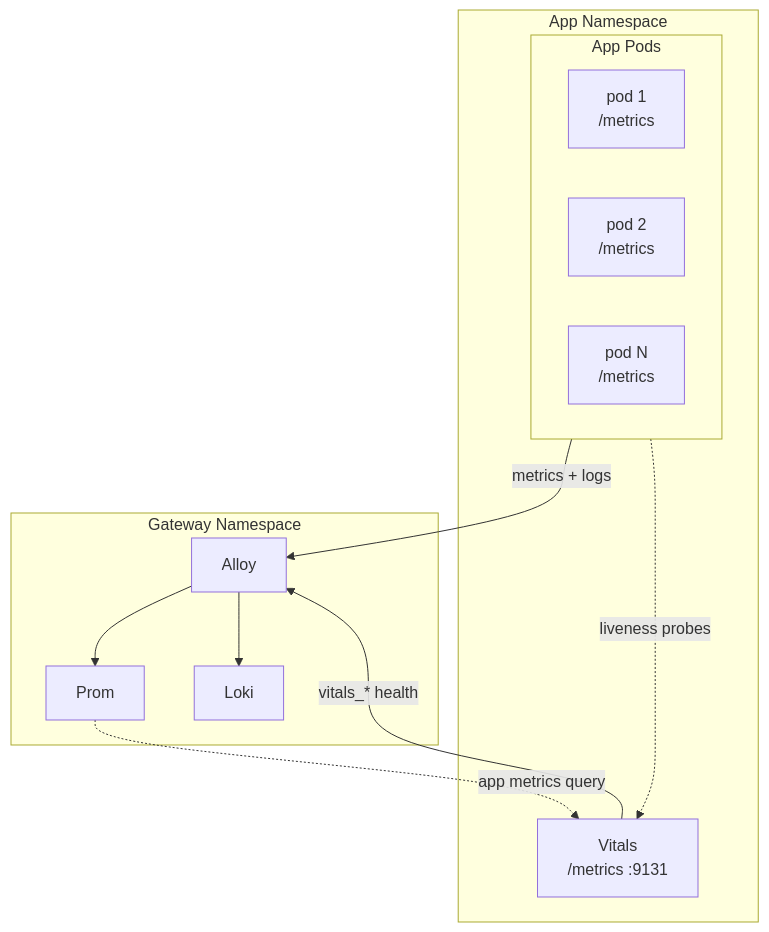
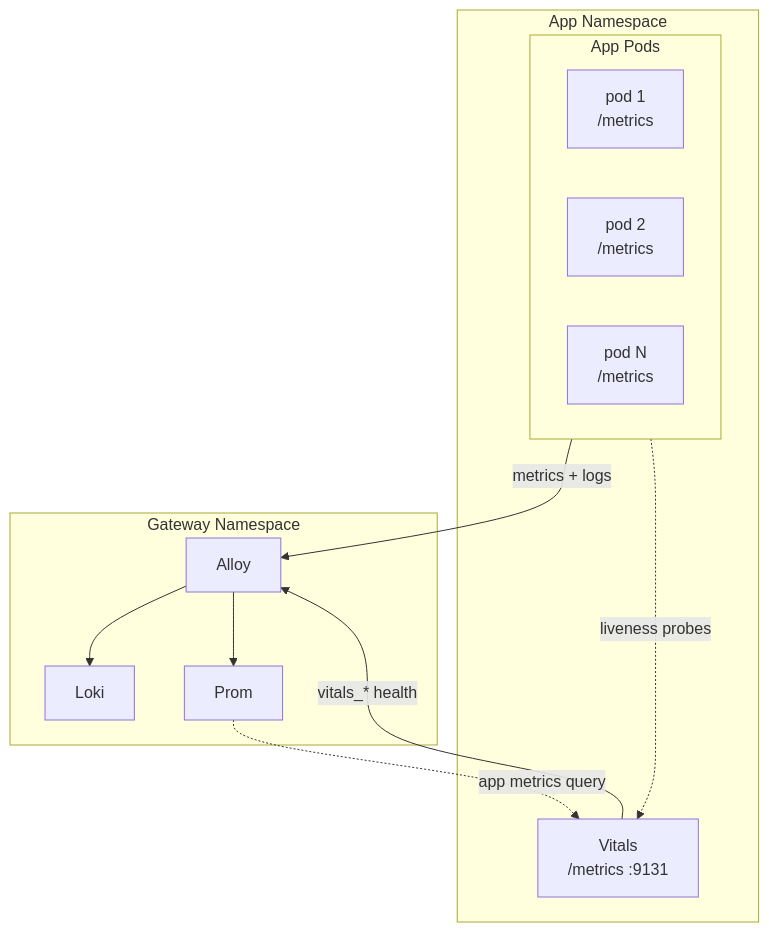
The first of 2 diagrams in docs/reference/patterns/observability-contract.md (Kord96/kordinate), drawn with Mermaid before and after one commit. The commit also changed other lines of this file, not shown here.

Commit message:
docs: swap Prom/Loki order so Prom→Vitals connection is clearer [scribe]

````diff
--- a/docs/reference/patterns/observability-contract.md
+++ b/docs/reference/patterns/observability-contract.md
@@ -7,20 +7,20 @@
 ```mermaid
 flowchart TB
     subgraph ns[App Namespace]
         subgraph pods[App Pods]
             P1[pod 1<br/>/metrics]
             P2[pod 2<br/>/metrics]
             PN[pod N<br/>/metrics]
         end
         VIT[Vitals<br/>/metrics :9131]
     end
 
     subgraph gw[Gateway Namespace]
-        AL[Alloy] --> PR[Prom] & LK[Loki]
+        AL[Alloy] --> LK[Loki] & PR[Prom]
     end
 
     pods -->|metrics + logs| AL
     VIT -->|vitals_* health| AL
     PR -.->|app metrics query| VIT
     pods -.->|liveness probes| VIT
 ```
````
